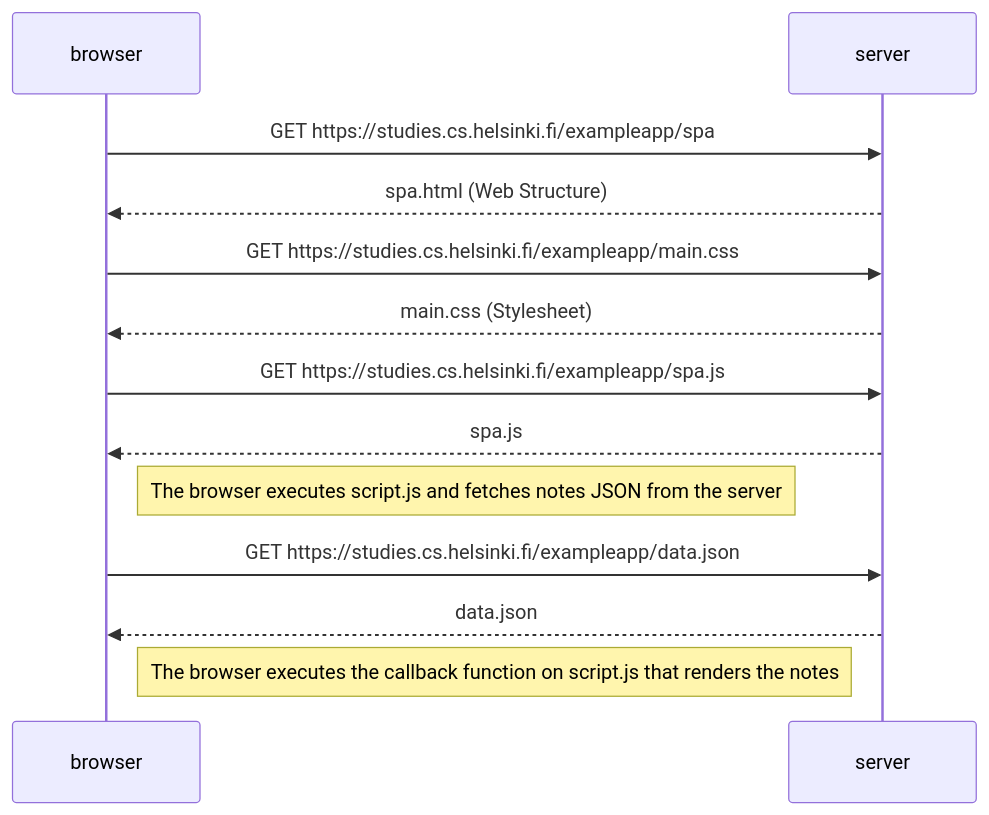
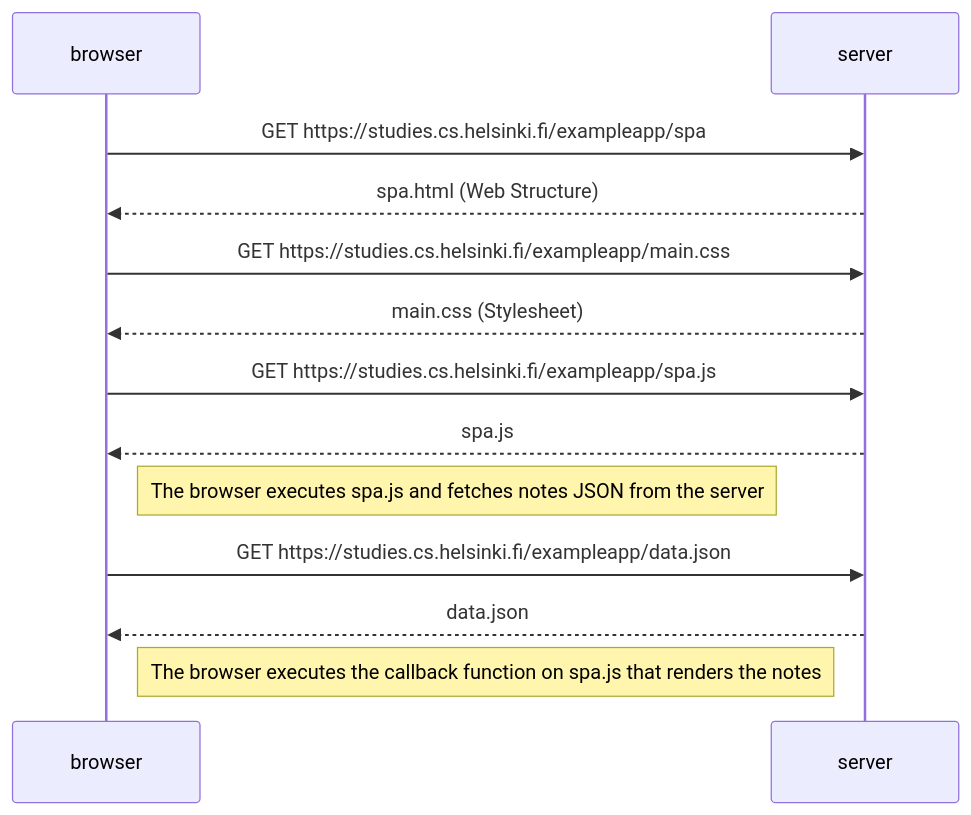
The diagram in part0/05-Single page app diagram.md (fecfecfec/fullstackopen-helsinki), drawn with Mermaid before and after one commit.

Commit message:
Fixed typo on spa sequence.

````diff
--- a/part0/05-Single page app diagram.md
+++ b/part0/05-Single page app diagram.md
@@ -1,21 +1,21 @@
 ```mermaid
 sequenceDiagram
     participant browser
     participant server
 
     browser->>server: GET https://studies.cs.helsinki.fi/exampleapp/spa
     server-->>browser: spa.html (Web Structure)
 
     browser->>server: GET https://studies.cs.helsinki.fi/exampleapp/main.css
     server-->>browser: main.css (Stylesheet)
 
     browser->>server: GET https://studies.cs.helsinki.fi/exampleapp/spa.js
     server-->>browser: spa.js
 
-    Note right of browser: The browser executes script.js and fetches notes JSON from the server
+    Note right of browser: The browser executes spa.js and fetches notes JSON from the server
 
     browser->>server: GET https://studies.cs.helsinki.fi/exampleapp/data.json
     server-->>browser: data.json
 
-    Note right of browser: The browser executes the callback function on script.js that renders the notes
+    Note right of browser: The browser executes the callback function on spa.js that renders the notes
 ```
````
